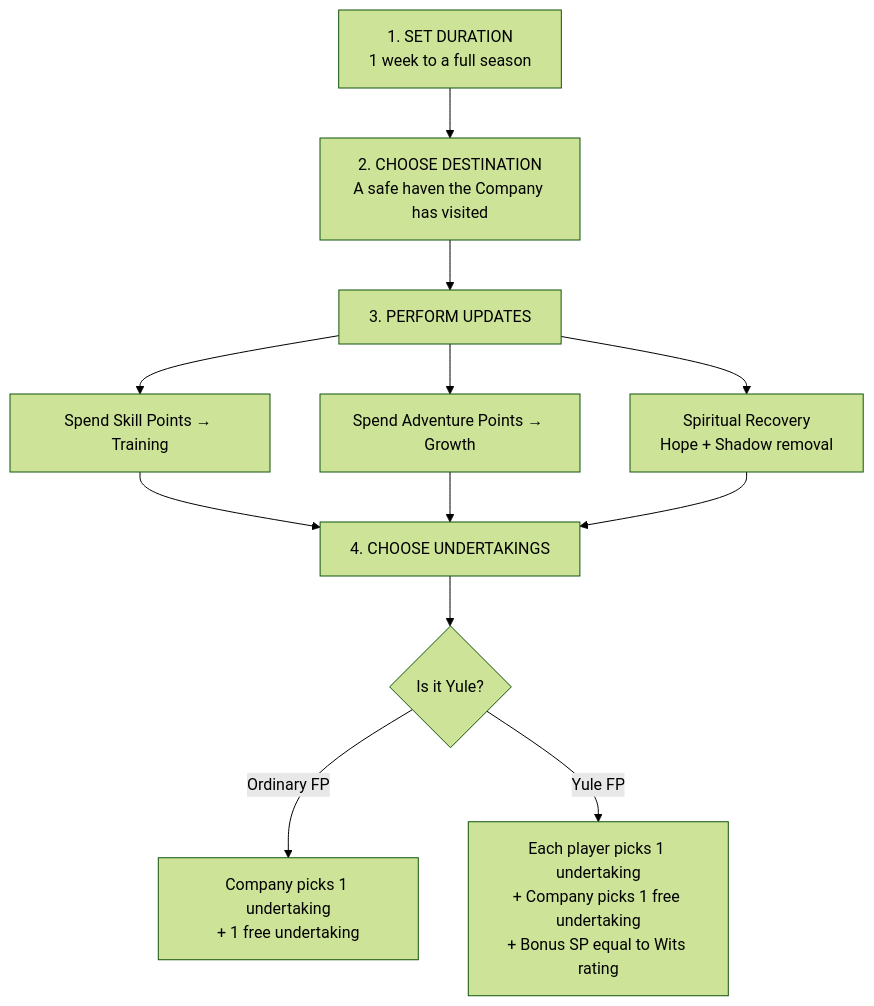
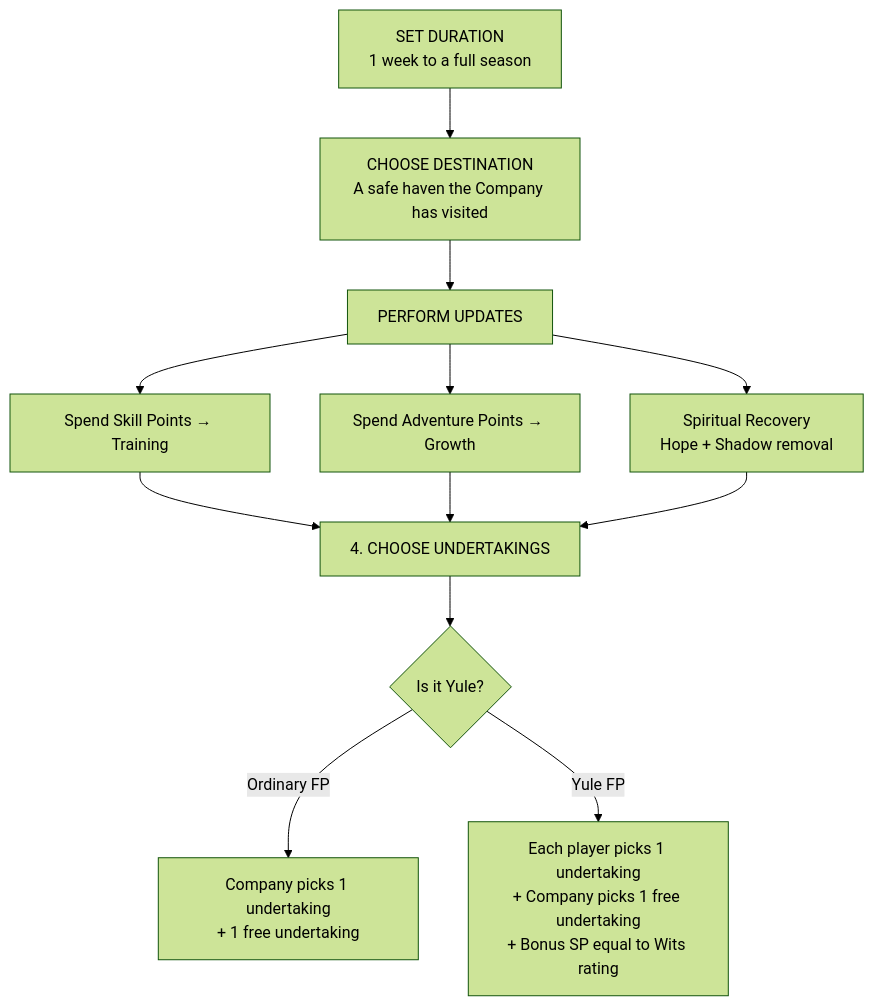
Before and after one commit to JonFarber81/un-tor-obsidian: the diagram in _Assets/Reference/Fellowship Phase.md, drawn with Mermaid (forest theme). The commit also changed 2 other files, not shown here.

Commit message:
fix mermaid diagrams: replace \n with <br/> and remove numbered list prefixes
Obsidian's Mermaid v10 renderer treats double-quoted node labels as markdown
contexts, causing \n to render literally and leading numbered prefixes (1., 2.)
to trigger unsupported ordered-list parsing errors.

````diff
--- a/_Assets/Reference/Fellowship Phase.md
+++ b/_Assets/Reference/Fellowship Phase.md
@@ -11,12 +11,12 @@
 ```mermaid
 flowchart TD
-    A[1. SET DURATION\n1 week to a full season] --> B[2. CHOOSE DESTINATION\nA safe haven the Company has visited]
-    B --> C[3. PERFORM UPDATES]
+    A["SET DURATION<br/>1 week to a full season"] --> B["CHOOSE DESTINATION<br/>A safe haven the Company has visited"]
+    B --> C[PERFORM UPDATES]
     C --> D[Spend Skill Points → Training]
     C --> E[Spend Adventure Points → Growth]
-    C --> F[Spiritual Recovery\nHope + Shadow removal]
+    C --> F["Spiritual Recovery<br/>Hope + Shadow removal"]
     D & E & F --> G[4. CHOOSE UNDERTAKINGS]
     G --> H{Is it Yule?}
-    H -->|Ordinary FP| I[Company picks 1 undertaking\n+ 1 free undertaking]
-    H -->|Yule FP| J[Each player picks 1 undertaking\n+ Company picks 1 free undertaking\n+ Bonus SP equal to Wits rating]
+    H -->|Ordinary FP| I["Company picks 1 undertaking<br/>+ 1 free undertaking"]
+    H -->|Yule FP| J["Each player picks 1 undertaking<br/>+ Company picks 1 free undertaking<br/>+ Bonus SP equal to Wits rating"]
 ```
````
